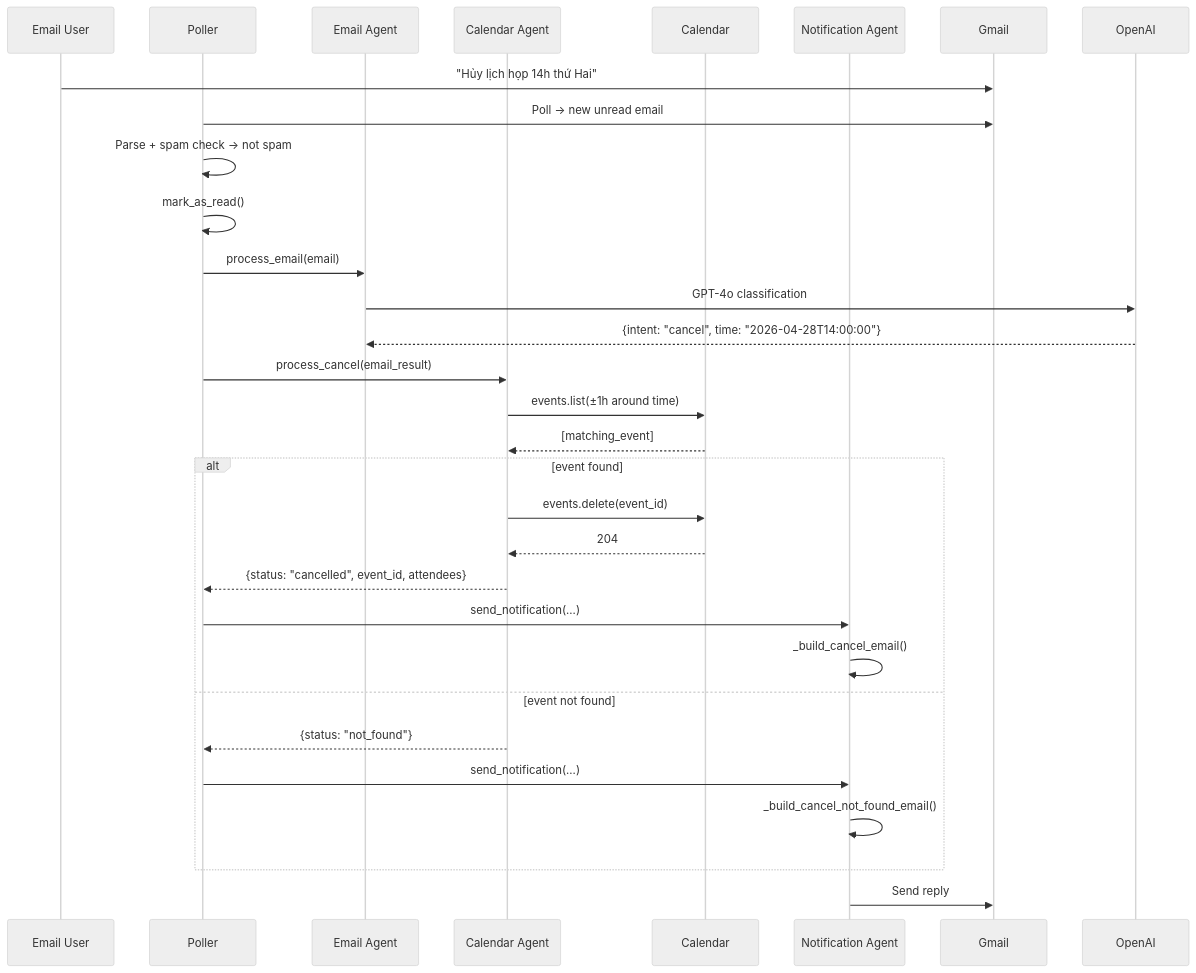
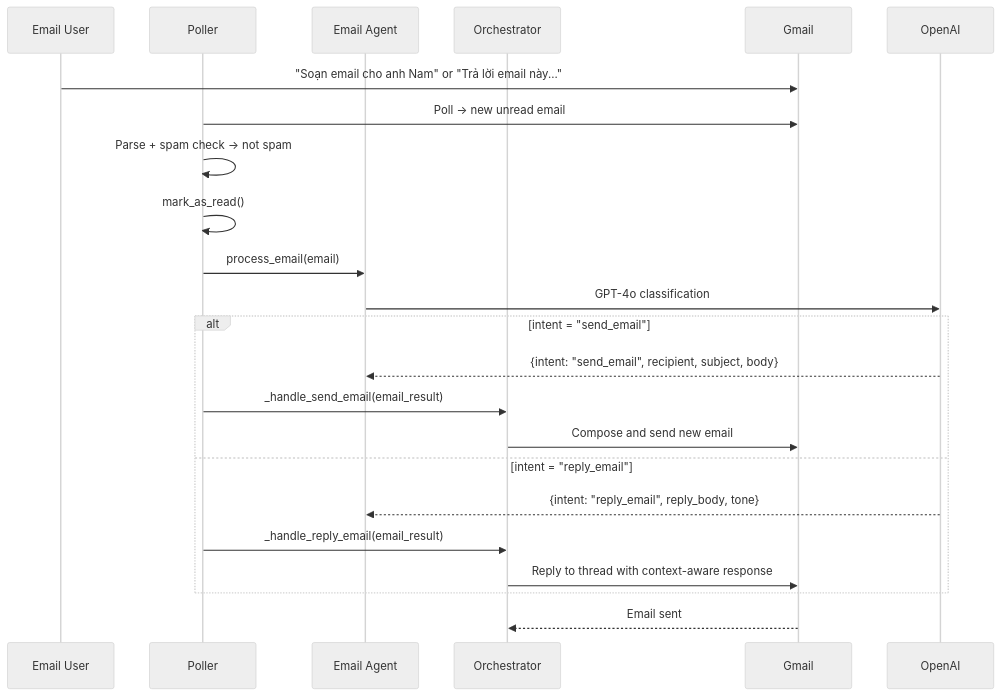
The eighth of 12 diagrams in docs/architecture_overview.md (ngvann1110/email_scheduler_ai), drawn with Mermaid (neutral theme) before and after one commit. The commit also changed other lines of this file and 18 other files, not shown here.

````diff
--- a/docs/architecture_overview.md
+++ b/docs/architecture_overview.md
@@ -446,36 +447,27 @@
 ```mermaid
 sequenceDiagram
     participant Sender as Email User
     participant Poller
     participant EmailA as Email Agent
-    participant CalA as Calendar Agent
-    participant Calendar
-    participant NotifA as Notification Agent
+    participant Orchestrator
+    participant Gmail
 
-    Sender->>Gmail: "Hủy lịch họp 14h thứ Hai"
+    Sender->>Gmail: "Soạn email cho anh Nam" or "Trả lời email này..."
     Poller->>Gmail: Poll → new unread email
     Poller->>Poller: Parse + spam check → not spam
     Poller->>Poller: mark_as_read()
 
     Poller->>EmailA: process_email(email)
     EmailA->>OpenAI: GPT-4o classification
-    OpenAI-->>EmailA: {intent: "cancel", time: "2026-04-28T14:00:00"}
-
-    Poller->>CalA: process_cancel(email_result)
-    CalA->>Calendar: events.list(±1h around time)
-    Calendar-->>CalA: [matching_event]
-
-    alt event found
-        CalA->>Calendar: events.delete(event_id)
-        Calendar-->>CalA: 204
-        CalA-->>Poller: {status: "cancelled", event_id, attendees}
-        Poller->>NotifA: send_notification(...)
-        NotifA->>NotifA: _build_cancel_email()
-    else event not found
-        CalA-->>Poller: {status: "not_found"}
-        Poller->>NotifA: send_notification(...)
-        NotifA->>NotifA: _build_cancel_not_found_email()
+    alt intent = "send_email"
+        OpenAI-->>EmailA: {intent: "send_email", recipient, subject, body}
+        Poller->>Orchestrator: _handle_send_email(email_result)
+        Orchestrator->>Gmail: Compose and send new email
+    else intent = "reply_email"
+        OpenAI-->>EmailA: {intent: "reply_email", reply_body, tone}
+        Poller->>Orchestrator: _handle_reply_email(email_result)
+        Orchestrator->>Gmail: Reply to thread with context-aware response
     end
 
-    NotifA->>Gmail: Send reply
+    Gmail-->>Orchestrator: Email sent
 ```
````
